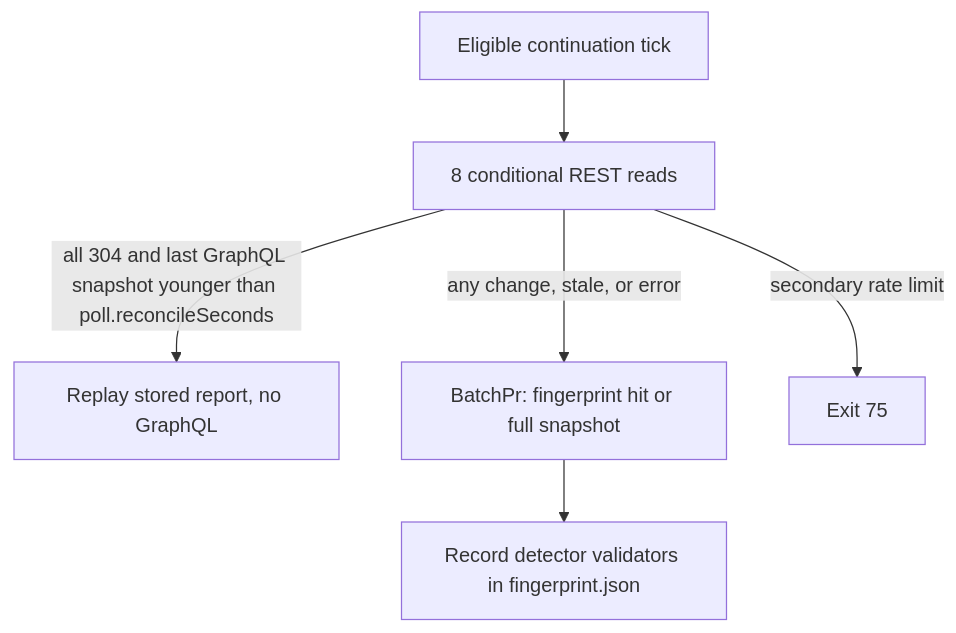
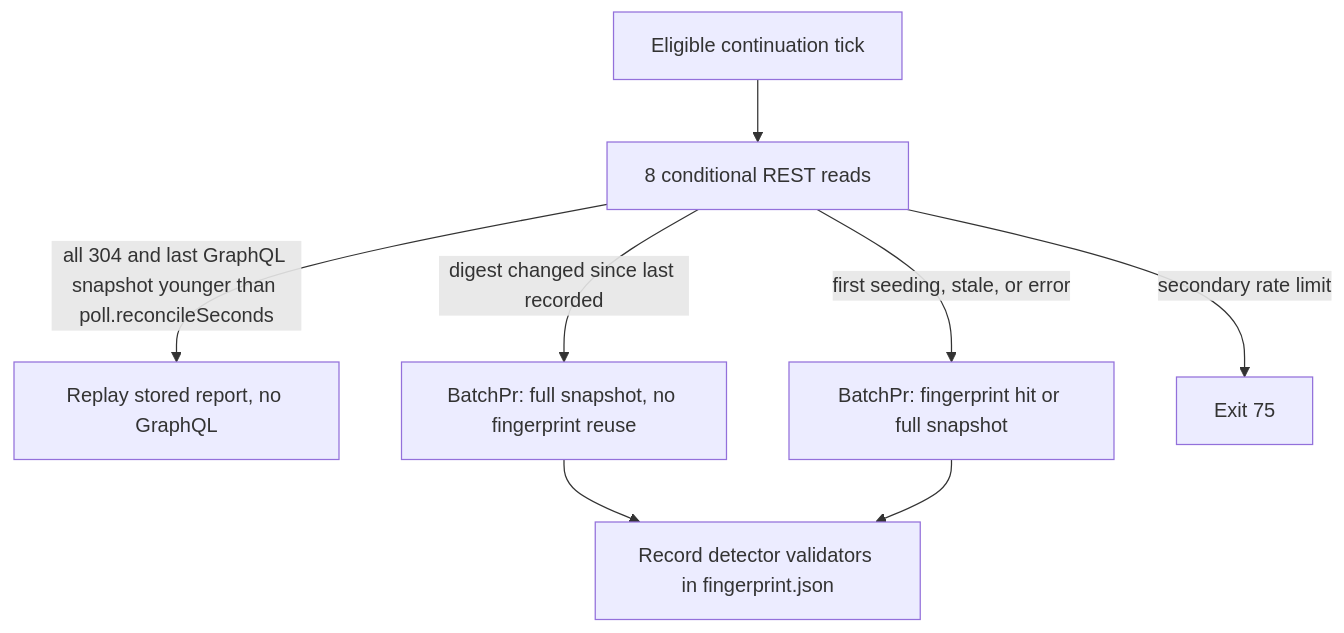
One commit to jonathanong/pr-shepherd changed the diagram in docs/graphql.md. Above: the diagram before and after it, drawn with Mermaid. The commit also changed other lines of this file and 5 other files, not shown here.

````diff
--- a/docs/graphql.md
+++ b/docs/graphql.md
@@ -185,8 +185,10 @@
 ```mermaid
 flowchart TD
   A[Eligible continuation tick] --> B[8 conditional REST reads]
   B -->|all 304 and last GraphQL snapshot younger than poll.reconcileSeconds| C[Replay stored report, no GraphQL]
-  B -->|any change, stale, or error| D[BatchPr: fingerprint hit or full snapshot]
+  B -->|first seeding, stale, or error| D[BatchPr: fingerprint hit or full snapshot]
+  B -->|digest changed since last recorded| G[BatchPr: full snapshot, no fingerprint reuse]
+  G --> E
   D --> E[Record detector validators in fingerprint.json]
   B -->|secondary rate limit| F[Exit 75]
 ```
````
